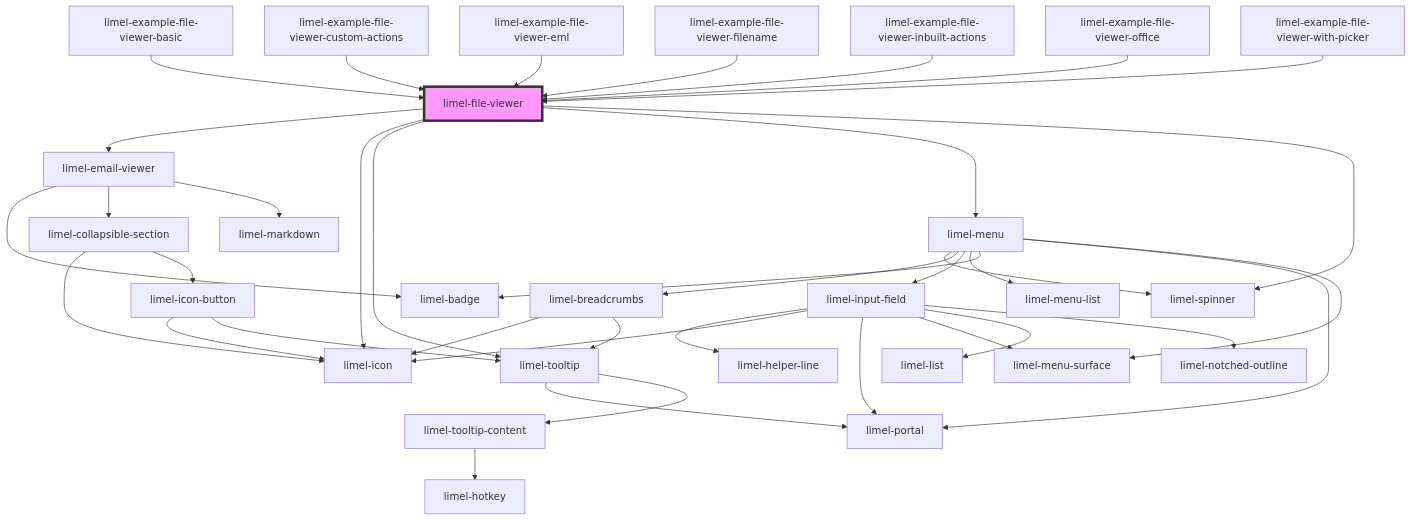
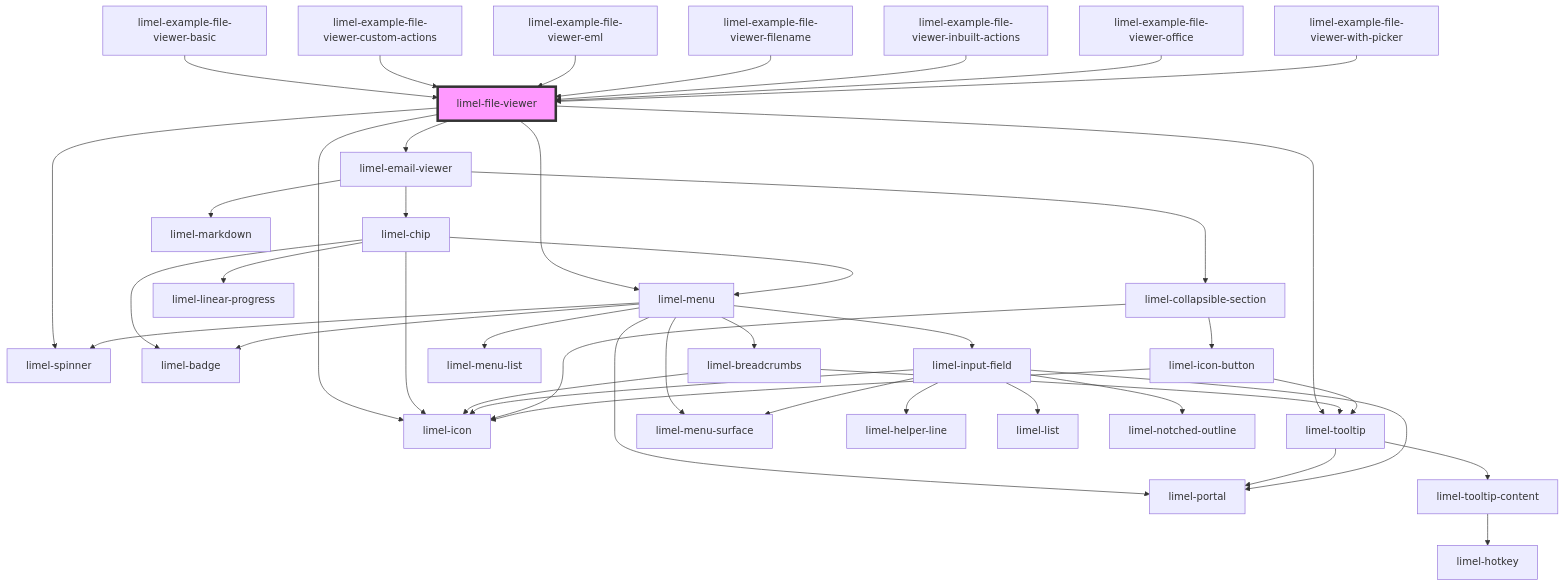
One commit to Lundalogik/lime-elements changed the diagram in versions/PR-4076/markdown-docs/components/file-viewer/readme.md. Above: the diagram before and after it, drawn with Mermaid. The commit also changed 50 other files, not shown here.

````diff
--- a/versions/PR-4076/markdown-docs/components/file-viewer/readme.md
+++ b/versions/PR-4076/markdown-docs/components/file-viewer/readme.md
@@ -70,41 +70,45 @@
 ```mermaid
 graph TD;
   limel-file-viewer --> limel-email-viewer
   limel-file-viewer --> limel-icon
   limel-file-viewer --> limel-tooltip
   limel-file-viewer --> limel-menu
   limel-file-viewer --> limel-spinner
-  limel-email-viewer --> limel-badge
+  limel-email-viewer --> limel-chip
   limel-email-viewer --> limel-collapsible-section
   limel-email-viewer --> limel-markdown
-  limel-collapsible-section --> limel-icon
-  limel-collapsible-section --> limel-icon-button
-  limel-icon-button --> limel-icon
-  limel-icon-button --> limel-tooltip
-  limel-tooltip --> limel-portal
-  limel-tooltip --> limel-tooltip-content
-  limel-tooltip-content --> limel-hotkey
+  limel-chip --> limel-icon
+  limel-chip --> limel-badge
+  limel-chip --> limel-menu
+  limel-chip --> limel-linear-progress
   limel-menu --> limel-spinner
   limel-menu --> limel-breadcrumbs
   limel-menu --> limel-input-field
   limel-menu --> limel-menu-list
   limel-menu --> limel-badge
   limel-menu --> limel-portal
   limel-menu --> limel-menu-surface
   limel-breadcrumbs --> limel-icon
   limel-breadcrumbs --> limel-tooltip
+  limel-tooltip --> limel-portal
+  limel-tooltip --> limel-tooltip-content
+  limel-tooltip-content --> limel-hotkey
   limel-input-field --> limel-helper-line
   limel-input-field --> limel-icon
   limel-input-field --> limel-portal
   limel-input-field --> limel-menu-surface
   limel-input-field --> limel-list
   limel-input-field --> limel-notched-outline
+  limel-collapsible-section --> limel-icon
+  limel-collapsible-section --> limel-icon-button
+  limel-icon-button --> limel-icon
+  limel-icon-button --> limel-tooltip
   limel-example-file-viewer-basic --> limel-file-viewer
   limel-example-file-viewer-custom-actions --> limel-file-viewer
   limel-example-file-viewer-eml --> limel-file-viewer
   limel-example-file-viewer-filename --> limel-file-viewer
   limel-example-file-viewer-inbuilt-actions --> limel-file-viewer
   limel-example-file-viewer-office --> limel-file-viewer
   limel-example-file-viewer-with-picker --> limel-file-viewer
   style limel-file-viewer fill:#f9f,stroke:#333,stroke-width:4px
 ```
````
